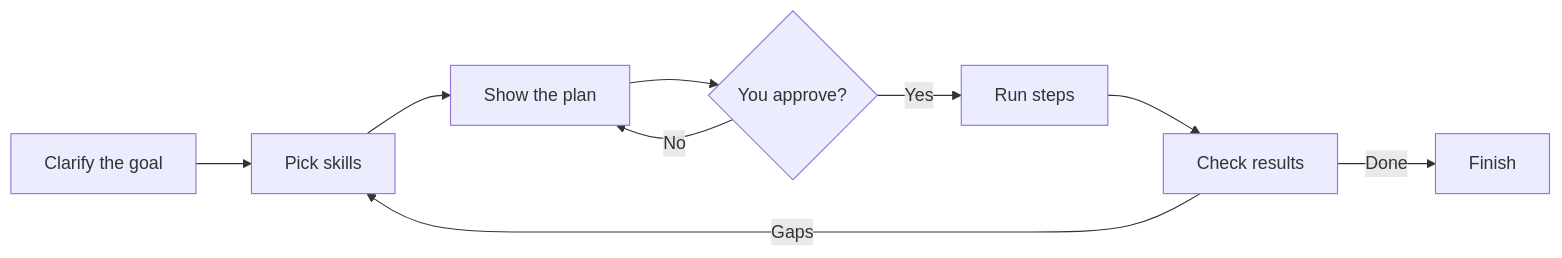
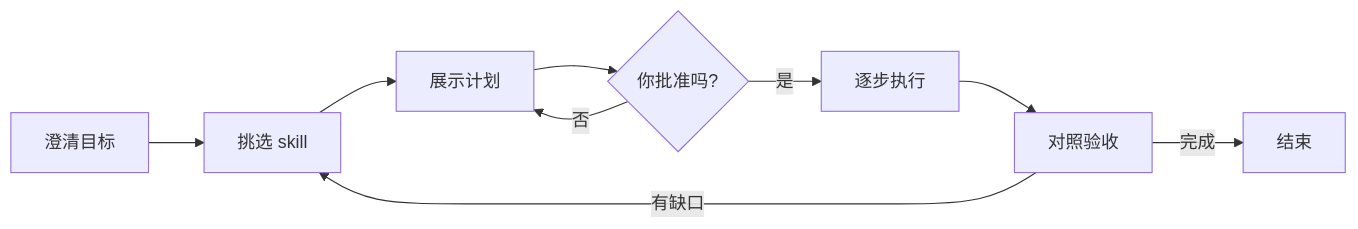
One commit to WINDGAND/to-goal-skill changed the diagram in README.md. Above: the diagram before and after it, drawn with Mermaid. The commit also changed other lines of this file and 2 other files, not shown here.

````diff
--- a/README.md
+++ b/README.md
@@ -25,11 +25,11 @@
 ```mermaid
 flowchart LR
-  A[Clarify the goal] --> B[Pick skills]
-  B --> C[Show the plan]
-  C --> D{You approve?}
-  D -->|Yes| E[Run steps]
-  E --> F[Check results]
-  F -->|Gaps| B
-  F -->|Done| G[Finish]
-  D -->|No| C
+  A[澄清目标] --> B[挑选 skill]
+  B --> C[展示计划]
+  C --> D{你批准吗?}
+  D -->|是| E[逐步执行]
+  E --> F[对照验收]
+  F -->|有缺口| B
+  F -->|完成| G[结束]
+  D -->|否| C
 ```
````
